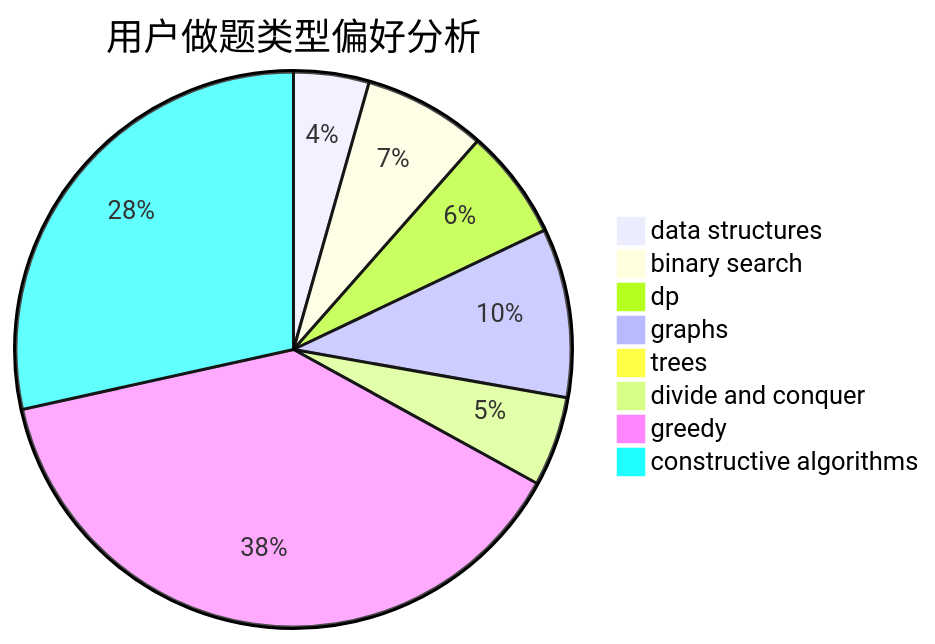
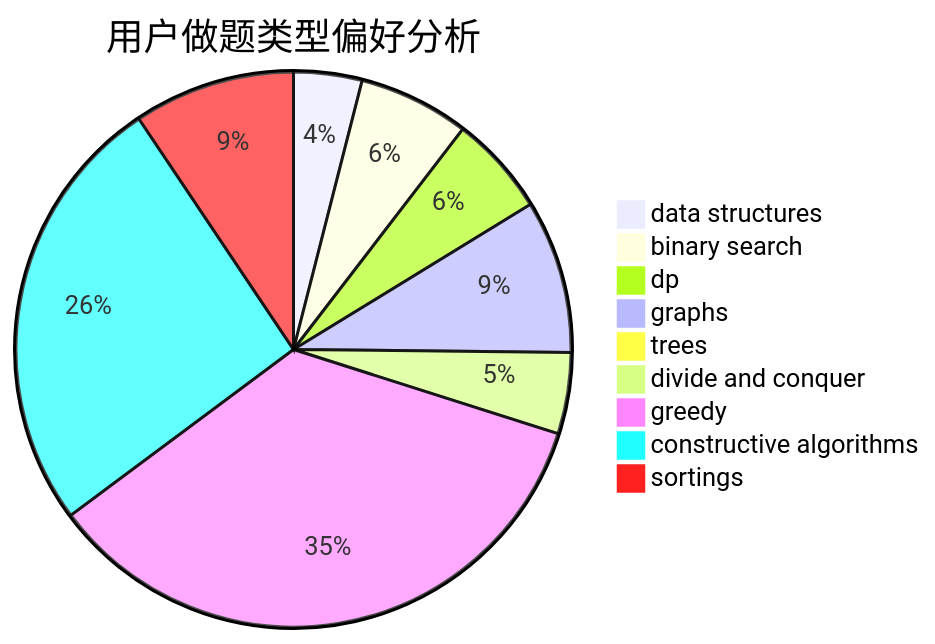
Before and after one commit to sherpahu/cfrs.github.io: the second of 3 diagrams in docs/user/u1268.md, drawn with Mermaid. The commit also changed other lines of this file and 2769 other files, not shown here.

````diff
--- a/docs/user/u1268.md
+++ b/docs/user/u1268.md
@@ -23,11 +18,12 @@
 ```mermaid
 pie title 用户做题类型偏好分析
     "data structures" :  58
     "binary search" :  94
     "dp" :  85
     "graphs" :  130
     "trees" :  9
     "divide and conquer" :  69
     "greedy" :  509
     "constructive algorithms" :  376
+    "sortings" :  137
 ```
````
